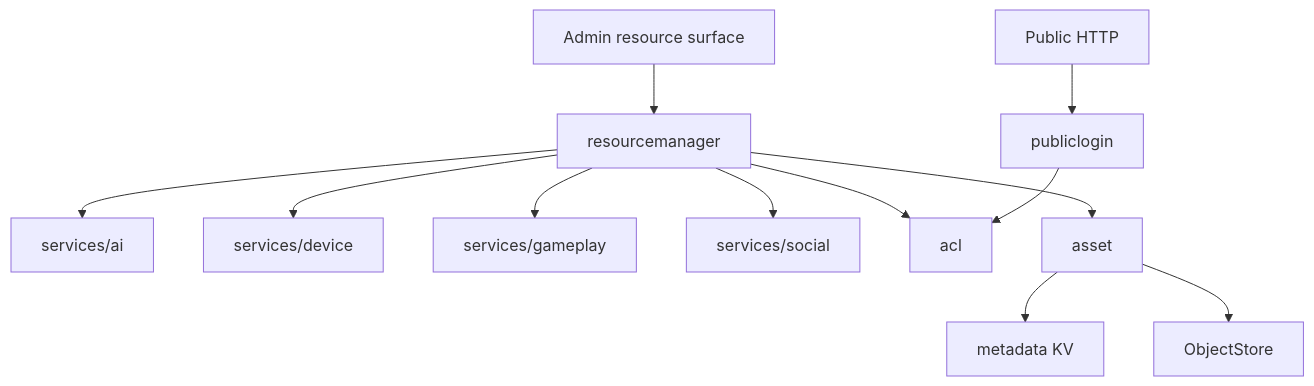
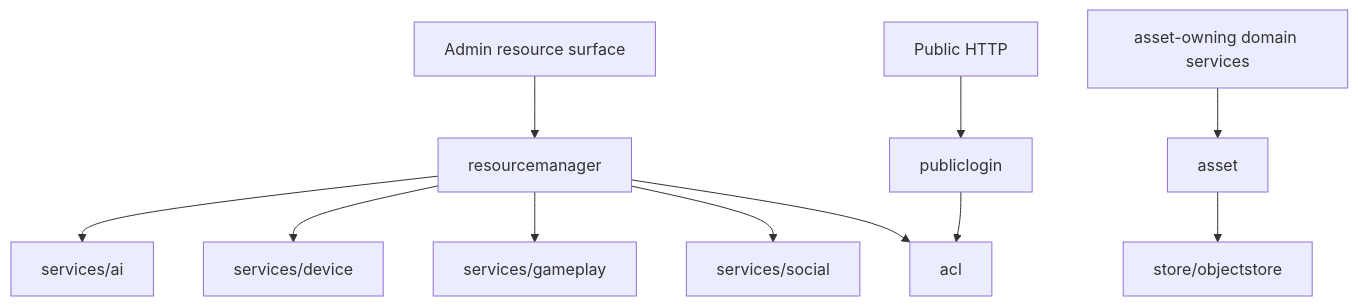
Before and after one commit to GizClaw/gizclaw: the diagram in guides/zh/developing/gizclaw/services/system.md, drawn with Mermaid. The commit also changed other lines of this file and 72 other files, not shown here.

````diff
--- a/guides/zh/developing/gizclaw/services/system.md
+++ b/guides/zh/developing/gizclaw/services/system.md
@@ -47,14 +45,13 @@
 ```mermaid
 flowchart TB
     Admin["Admin resource surface"] --> ResourceManager["resourcemanager"]
     ResourceManager --> AI["services/ai"]
     ResourceManager --> Device["services/device"]
     ResourceManager --> Gameplay["services/gameplay"]
     ResourceManager --> Social["services/social"]
     ResourceManager --> ACL["acl"]
-    ResourceManager --> Asset["asset"]
-    Asset --> KV["metadata KV"]
-    Asset --> Objects["ObjectStore"]
+    AssetConsumers["asset-owning domain services"] --> Asset["asset"]
+    Asset --> ObjectStore["store/objectstore"]
     Public["Public HTTP"] --> Login["publiclogin"]
     Login --> ACL
 ```
````
